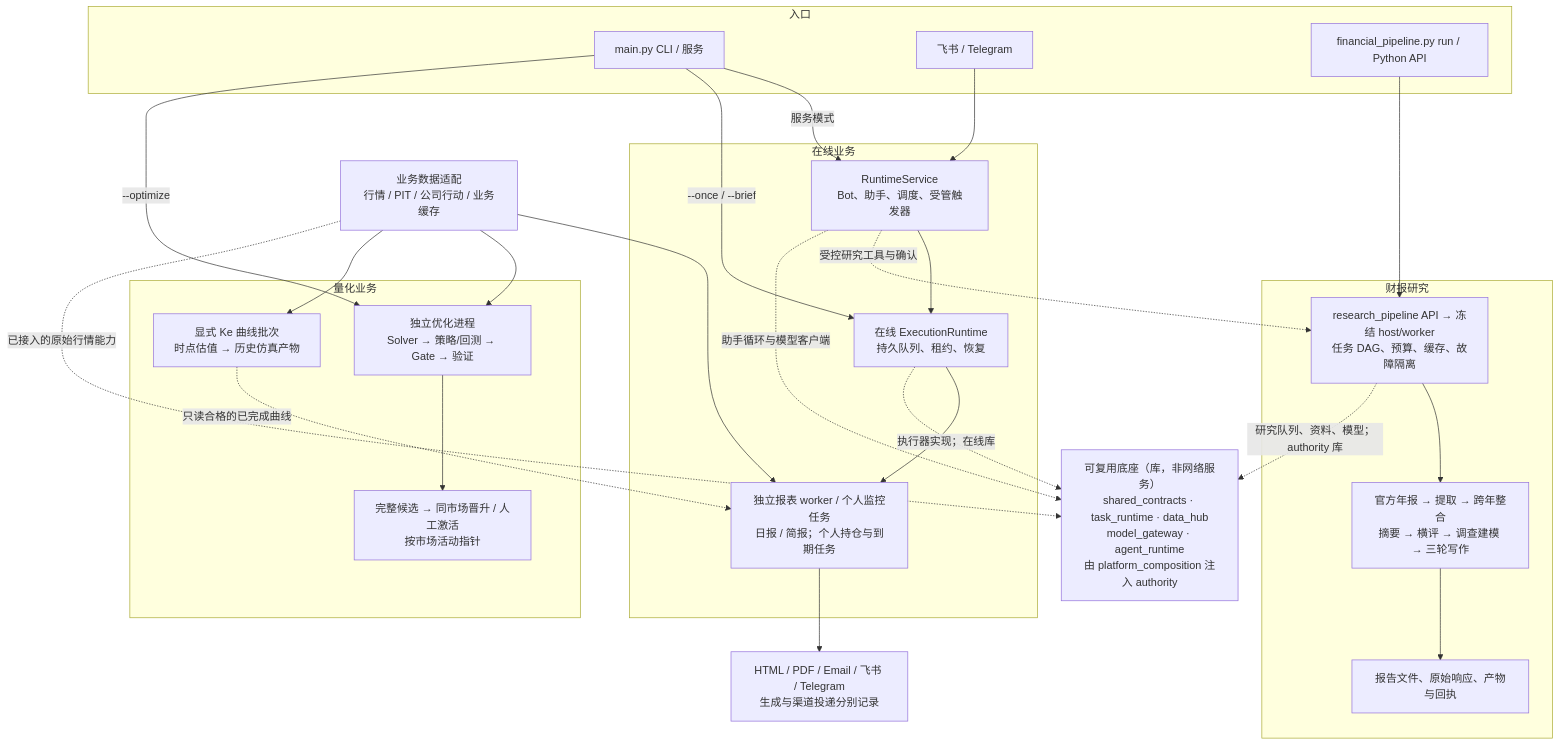
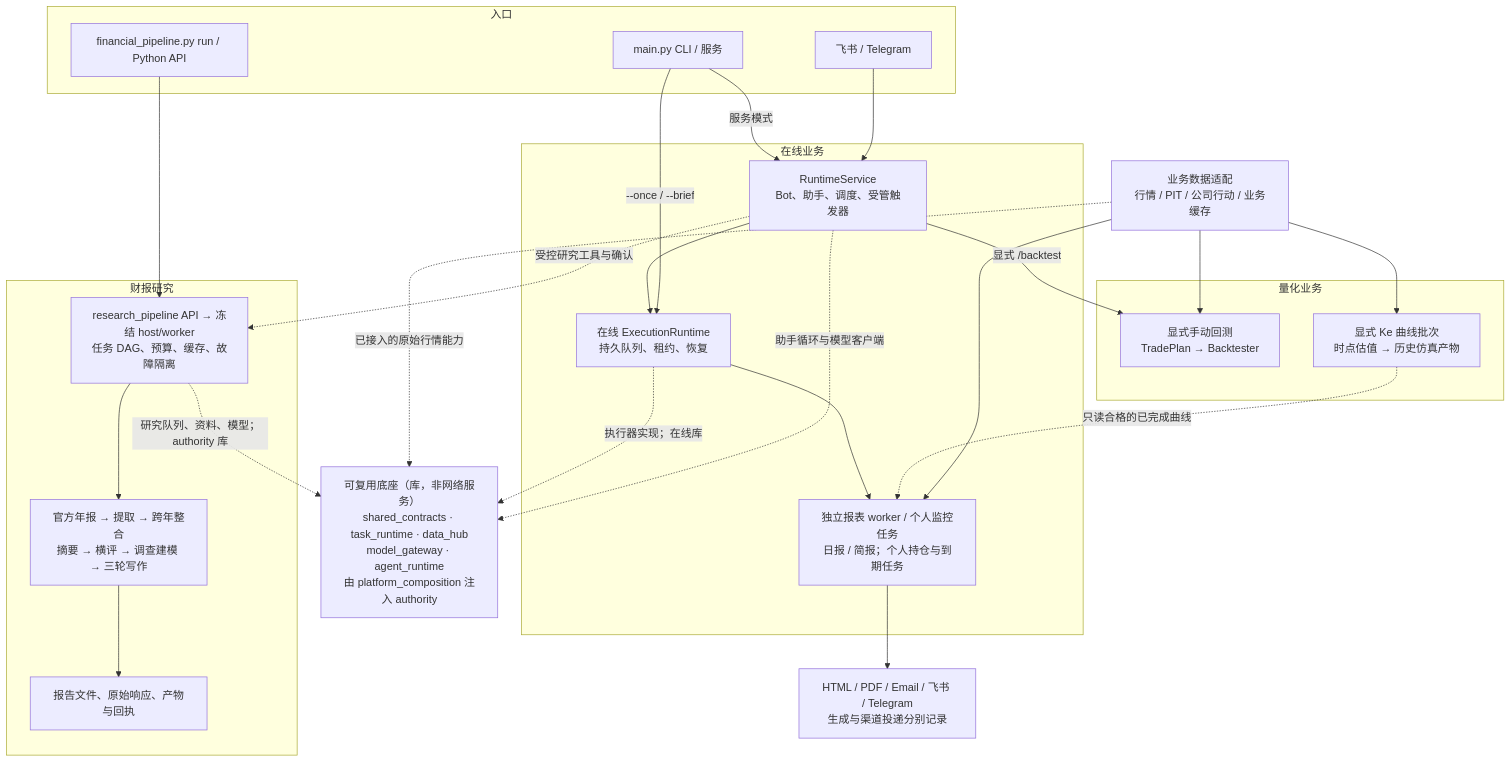
The first of 6 diagrams in docs/architecture_overview.md (Saltflow/trade_eyes_keeper), drawn with Mermaid before and after one commit. The commit also changed other lines of this file and 126 other files, not shown here.

````diff
--- a/docs/architecture_overview.md
+++ b/docs/architecture_overview.md
@@ -29,45 +29,43 @@
 ```mermaid
 flowchart TB
     subgraph ENTRY["入口"]
         MAIN["main.py CLI / 服务"]
         BOT["飞书 / Telegram"]
         FINCLI["financial_pipeline.py run / Python API"]
     end
     subgraph ONLINE["在线业务"]
         HOST["RuntimeService<br/>Bot、助手、调度、受管触发器"]
         QUEUE["在线 ExecutionRuntime<br/>持久队列、租约、恢复"]
         REPORT["独立报表 worker / 个人监控任务<br/>日报 / 简报；个人持仓与到期任务"]
         HOST --> QUEUE --> REPORT
     end
     subgraph QUANT["量化业务"]
-        SEARCH["独立优化进程<br/>Solver → 策略/回测 → Gate → 验证"]
-        ACTIVE["完整候选 → 同市场晋升 / 人工激活<br/>按市场活动指针"]
+        BACKTEST["显式手动回测<br/>TradePlan → Backtester"]
         KE["显式 Ke 曲线批次<br/>时点估值 → 历史仿真产物"]
-        SEARCH --> ACTIVE
     end
     subgraph RESEARCH["财报研究"]
         API["research_pipeline API → 冻结 host/worker<br/>任务 DAG、预算、缓存、故障隔离"]
         STAGES["官方年报 → 提取 → 跨年整合<br/>摘要 → 横评 → 调查建模 → 三轮写作"]
         RESULT["报告文件、原始响应、产物与回执"]
         API --> STAGES --> RESULT
     end
     DATA["业务数据适配<br/>行情 / PIT / 公司行动 / 业务缓存"]
     PLATFORM["可复用底座（库，非网络服务）<br/>shared_contracts · task_runtime · data_hub<br/>model_gateway · agent_runtime<br/>由 platform_composition 注入 authority"]
     OUT["HTML / PDF / Email / 飞书 / Telegram<br/>生成与渠道投递分别记录"]
 
     MAIN -->|服务模式| HOST
     BOT --> HOST
     MAIN -->|--once / --brief| QUEUE
-    MAIN -->|--optimize| SEARCH
     HOST -.->|受控研究工具与确认| API
     FINCLI --> API
     KE -.->|只读合格的已完成曲线| REPORT
     DATA --> REPORT
-    DATA --> SEARCH
+    DATA --> BACKTEST
+    HOST -->|显式 /backtest| BACKTEST
     DATA --> KE
     QUEUE -.->|执行器实现；在线库| PLATFORM
     HOST -.->|助手循环与模型客户端| PLATFORM
     API -.->|研究队列、资料、模型；authority 库| PLATFORM
     DATA -.->|已接入的原始行情能力| PLATFORM
     REPORT --> OUT
 ```
````
